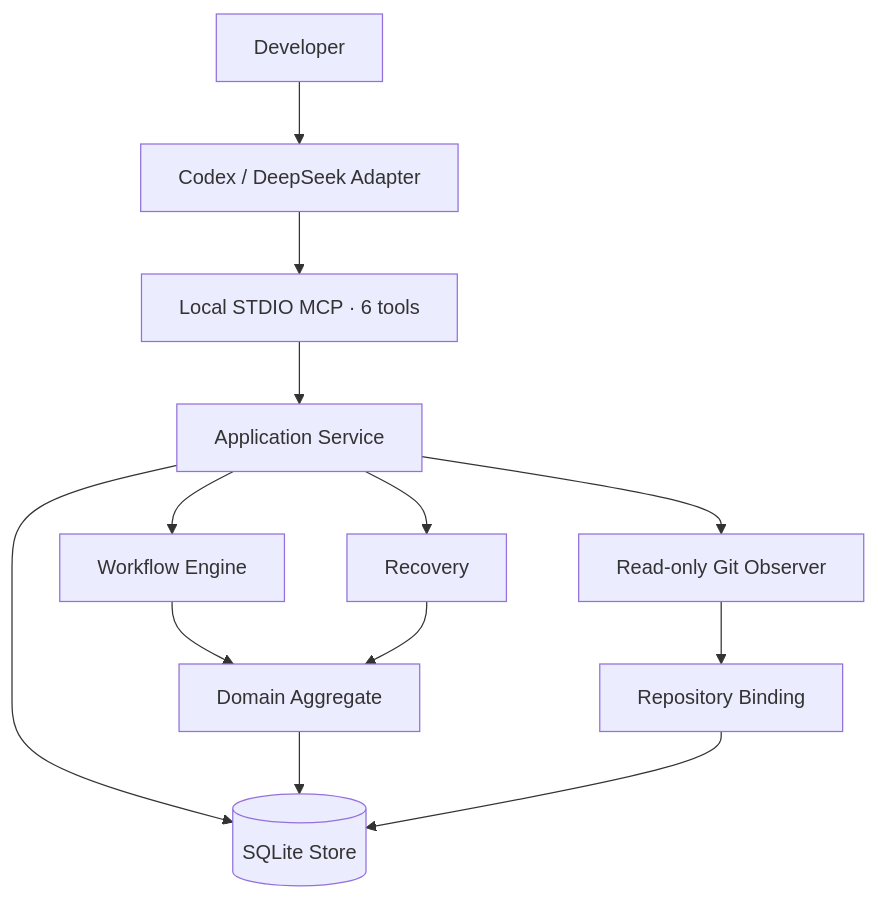
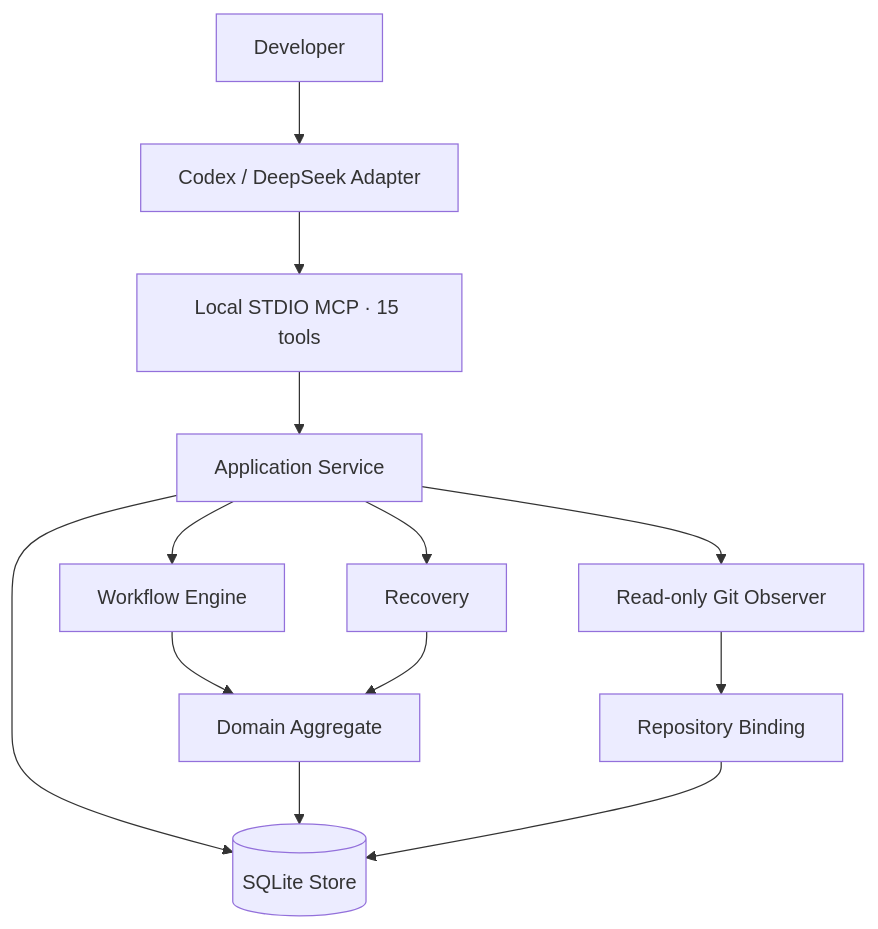
Before and after one commit to Innocent-children/dev-flow: the first of 2 diagrams in docs/ARCHITECTURE.md, drawn with Mermaid. The commit also changed other lines of this file and 224 other files, not shown here.

````diff
--- a/docs/ARCHITECTURE.md
+++ b/docs/ARCHITECTURE.md
@@ -10,15 +10,15 @@
 ```mermaid
 flowchart TB
     U[Developer] --> H[Codex / DeepSeek Adapter]
-    H --> M[Local STDIO MCP · 6 tools]
+    H --> M[Local STDIO MCP · 15 tools]
     M --> A[Application Service]
     A --> W[Workflow Engine]
     A --> R[Recovery]
     A --> G[Read-only Git Observer]
     W --> D[Domain Aggregate]
     R --> D
     G --> B[Repository Binding]
     A --> S[(SQLite Store)]
     D --> S
     B --> S
 ```
````
